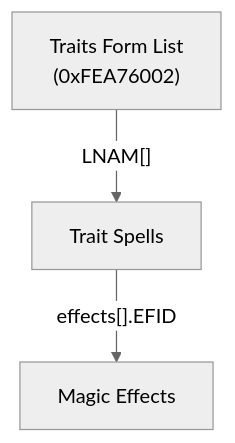
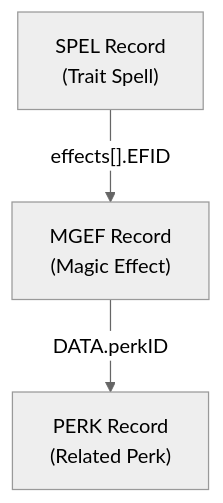
The diagram in .cursor/rules/traits-implementation-rule.mdc (BardicNoel/lorerim-v4-codex), drawn with Mermaid (neutral theme) before and after one commit. The commit also changed other lines of this file and 24 other files, not shown here.

````diff
--- a/.cursor/rules/traits-implementation-rule.mdc
+++ b/.cursor/rules/traits-implementation-rule.mdc
@@ -50,5 +44,9 @@
 ```mermaid
 graph TD
-    FLST["Traits Form List<br/>(0xFEA76002)"] -->|"LNAM[]"| SPEL["Trait Spells"]
-    SPEL -->|"effects[].EFID"| MGEF["Magic Effects"]
+  SPEL["SPEL Record<br/>(Trait Spell)"]
+  MGEF["MGEF Record<br/>(Magic Effect)"]
+  PERK["PERK Record<br/>(Related Perk)"]
+  
+  SPEL -->|"effects[].EFID"| MGEF
+  MGEF -->|"DATA.perkID"| PERK
 ```
````
